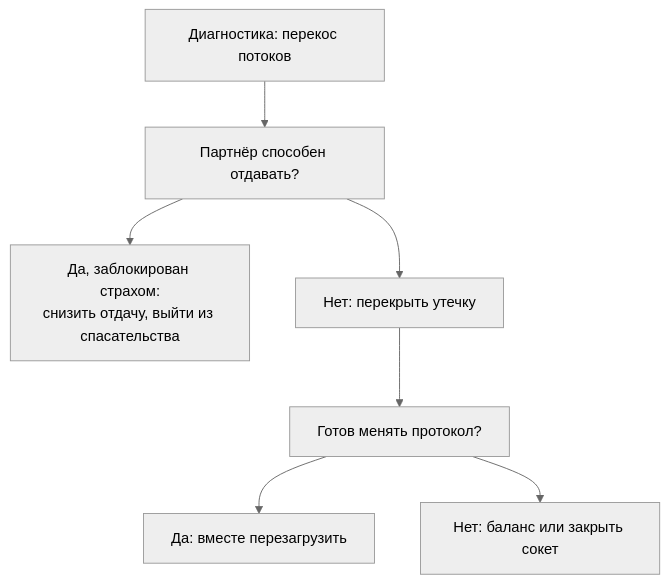
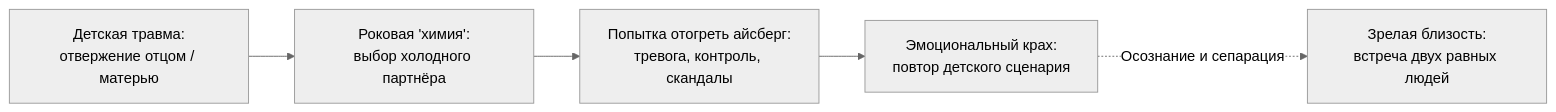
Before and after one commit to GTFB/threebooks: the diagram in root/47-connections-in-network/ru.mdx, drawn with Mermaid (neutral theme). The commit also changed other lines of this file and 40 other files, not shown here.

````diff
--- a/root/47-connections-in-network/ru.mdx
+++ b/root/47-connections-in-network/ru.mdx
@@ -77,16 +47,7 @@
 ```mermaid
-flowchart TB
-  A["Диагностика: перекос потоков"]
-  B["Партнёр способен отдавать?"]
-  C["Да, заблокирован страхом:\nснизить отдачу, выйти из спасательства"]
-  D["Нет: перекрыть утечку"]
-  E["Готов менять протокол?"]
-  F["Да: вместе перезагрузить"]
-  G["Нет: баланс или закрыть сокет"]
-  A --> B
-  B --> C
-  B --> D
-  D --> E
-  E --> F
-  E --> G
+flowchart LR
+  A["Детская травма:\nотвержение отцом / матерью"] --> B["Роковая 'химия':\nвыбор холодного партнёра"]
+  B --> C["Попытка отогреть айсберг:\nтревога, контроль, скандалы"]
+  C --> D["Эмоциональный крах:\nповтор детского сценария"]
+  D -.->|"Осознание и сепарация"| E["Зрелая близость:\nвстреча двух равных людей"]
 ```
````
